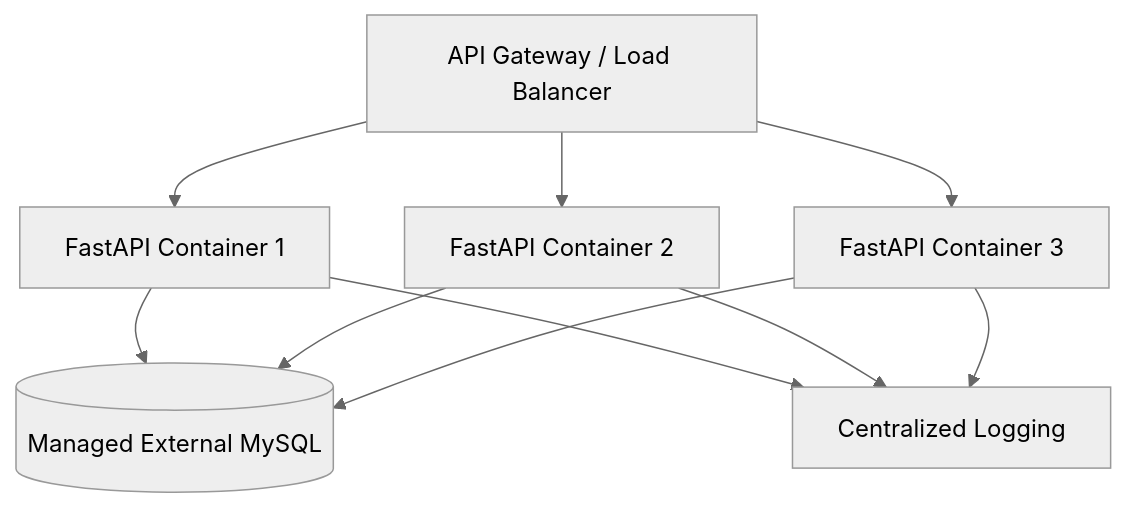
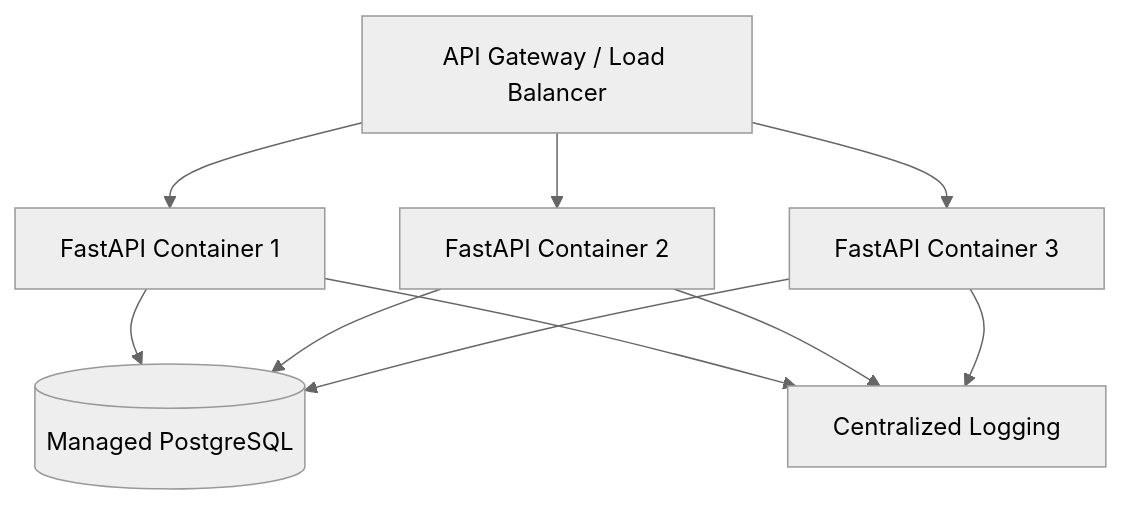
Before and after one commit to shiladityamajumder/fastapi-production-boilerplate: diagram 17 of 18 in Architecture.md, drawn with Mermaid (neutral theme). The commit also changed other lines of this file and 25 other files, not shown here.

Commit message:
feat(db): establish PostgreSQL and Alembic foundation with Docker support and tests

````diff
--- a/Architecture.md
+++ b/Architecture.md
@@ -1376,21 +1363,21 @@
 ```mermaid
 flowchart TB
     Gateway[API Gateway / Load Balancer]
     API1[FastAPI Container 1]
     API2[FastAPI Container 2]
     API3[FastAPI Container 3]
-    Database[(Managed External MySQL)]
+    Database[(Managed PostgreSQL)]
     Logging[Centralized Logging]
 
     Gateway --> API1
     Gateway --> API2
     Gateway --> API3
 
     API1 --> Database
     API2 --> Database
     API3 --> Database
 
     API1 --> Logging
     API2 --> Logging
     API3 --> Logging
 ```
````
